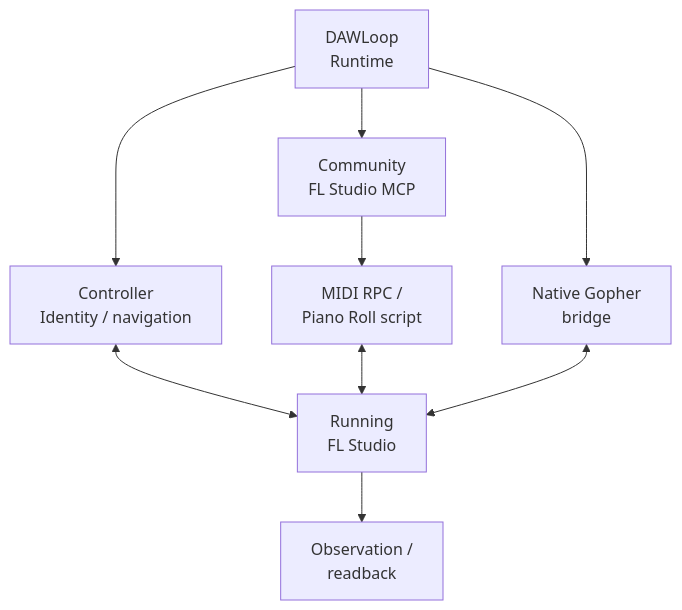
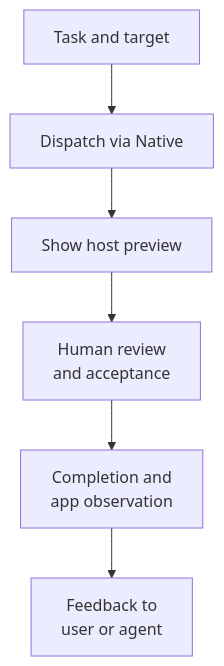
The fourth of 5 diagrams in README.en.md (ryurikoneko/DAWLoop), drawn with Mermaid before and after one commit. The commit also changed other lines of this file and 7 other files, not shown here.

Commit message:
docs(readme): clarify live test scope and simplify narrow-screen diagrams

````diff
--- a/README.en.md
+++ b/README.en.md
@@ -90,11 +103,8 @@
 ```mermaid
 flowchart TD
-    R[DAWLoop<br/>Runtime] --> C[Controller<br/>Identity / navigation]
-    C <--> F[Running<br/>FL Studio]
-    R --> M[Community<br/>FL Studio MCP]
-    M --> T[MIDI RPC /<br/>Piano Roll script]
-    T <--> F
-    R --> N[Native Gopher<br/>bridge]
-    N <--> F
-    F --> O[Observation /<br/>readback]
+    A[Task and target] --> B[Dispatch via Native]
+    B --> C[Show host preview]
+    C --> D[Human review<br/>and acceptance]
+    D --> E[Completion and<br/>app observation]
+    E --> F[Feedback to<br/>user or agent]
 ```
````
